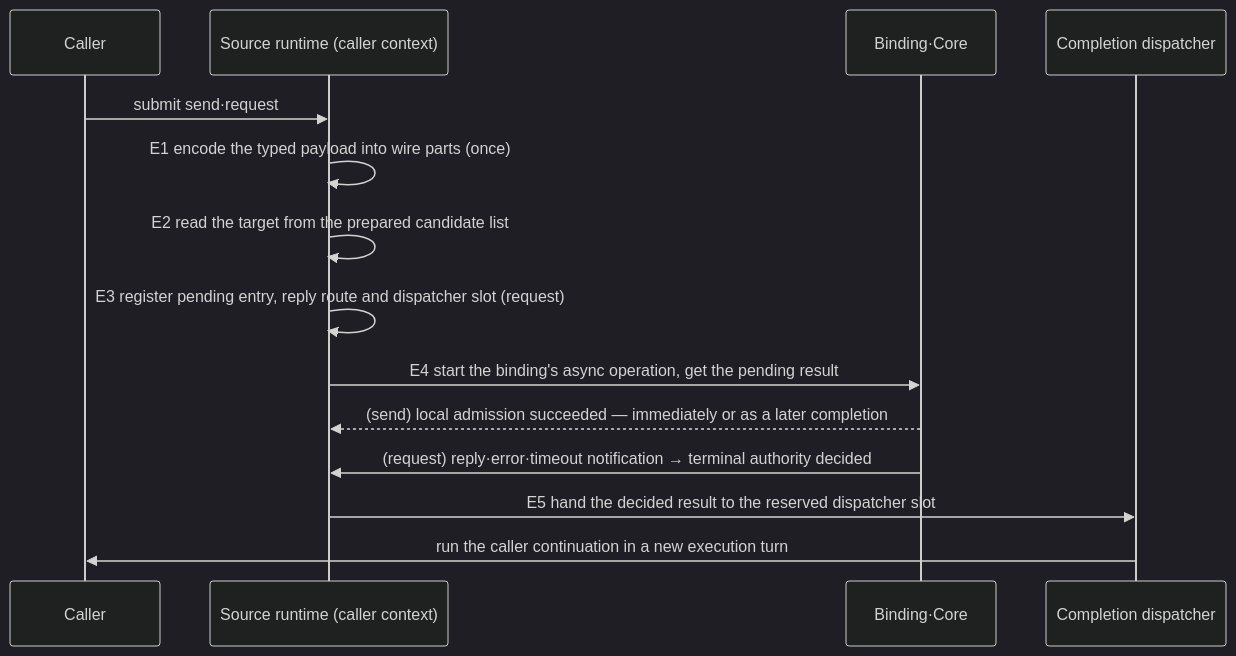
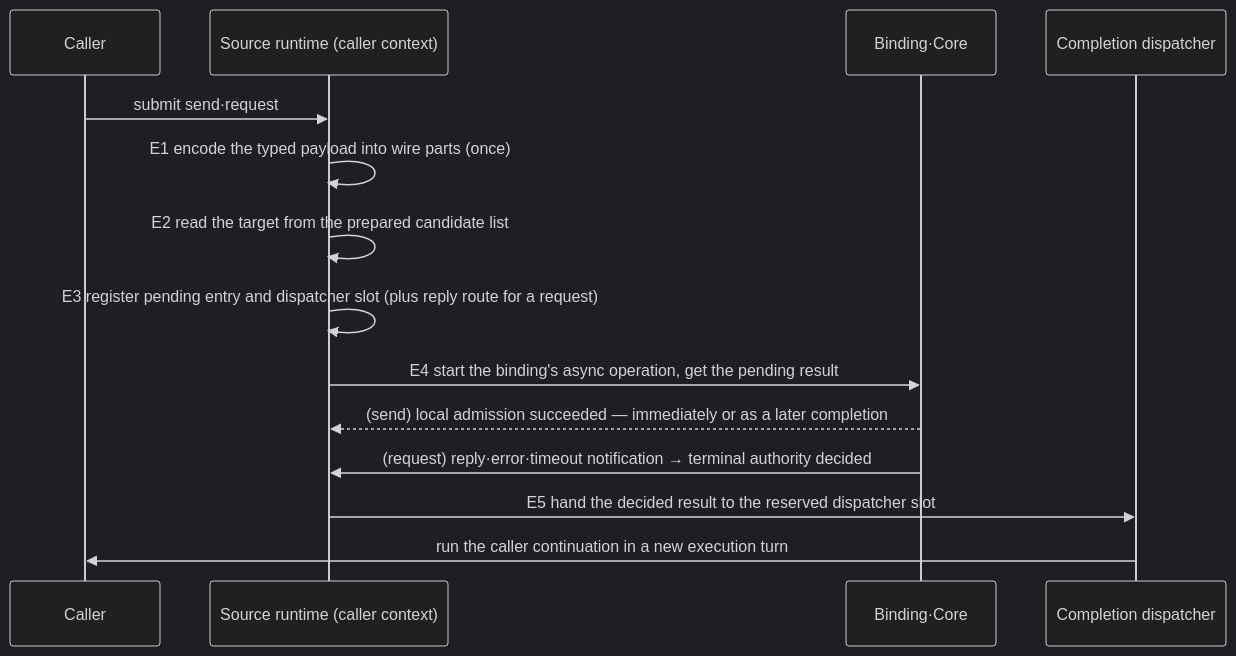
One commit to zlink-systems/zlink changed the first of 2 diagrams in framework/doc/framework/common/spec/server/01-execution/08-messaging-hot-path.en.md. Above: the diagram before and after it, drawn with Mermaid (dark theme). The commit also changed other lines of this file and 1 other file, not shown here.

First line of the commit message:
spec(framework): messaging hot path — 2차 리뷰 blocker 3건 반영(선택·pending 상태 소유는 소유 문서에, E3는 send도 등록, send 완료도 dispatcher turn)

````diff
--- a/framework/doc/framework/common/spec/server/01-execution/08-messaging-hot-path.en.md
+++ b/framework/doc/framework/common/spec/server/01-execution/08-messaging-hot-path.en.md
@@ -79,17 +79,17 @@
 ```mermaid
 sequenceDiagram
     participant C as Caller
     participant R as Source runtime (caller context)
     participant B as Binding·Core
     participant D as Completion dispatcher
 
     C->>R: submit send·request
     R->>R: E1 encode the typed payload into wire parts (once)
     R->>R: E2 read the target from the prepared candidate list
-    R->>R: E3 register pending entry, reply route and dispatcher slot (request)
+    R->>R: E3 register pending entry and dispatcher slot (plus reply route for a request)
     R->>B: E4 start the binding's async operation, get the pending result
     B-->>R: (send) local admission succeeded — immediately or as a later completion
     B->>R: (request) reply·error·timeout notification → terminal authority decided
     R->>D: E5 hand the decided result to the reserved dispatcher slot
     D->>C: run the caller continuation in a new execution turn
 ```
````
